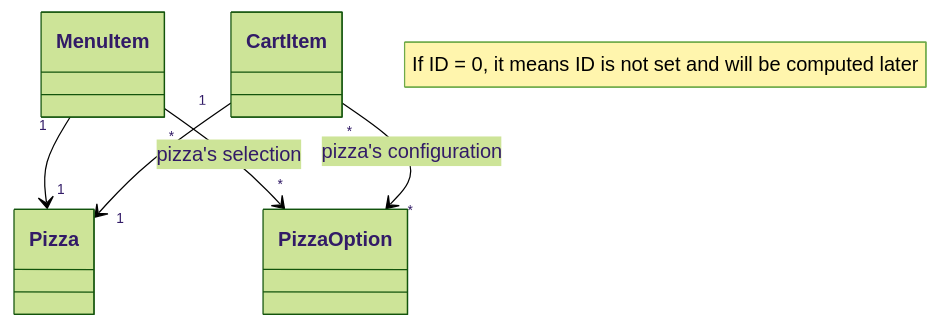
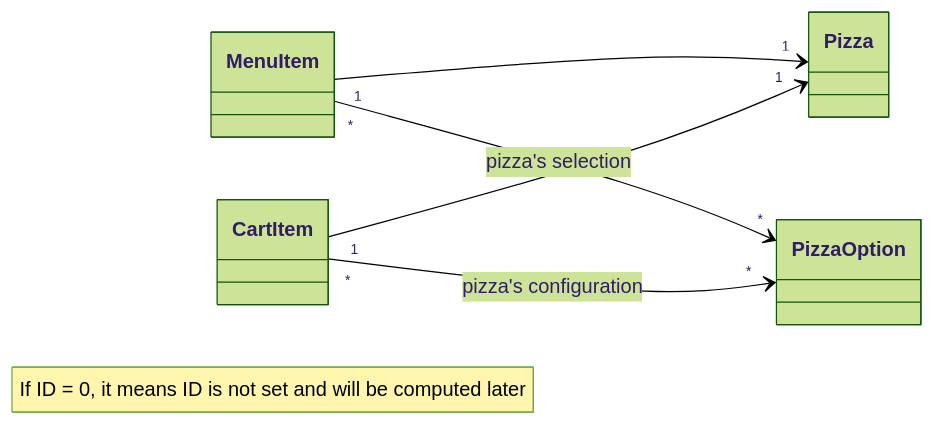
Before and after one commit to ekral/Utb.PizzaKiosk: the diagram in README.md, drawn with Mermaid (forest theme).

````diff
--- a/README.md
+++ b/README.md
@@ -162,13 +162,13 @@
 ```mermaid
  classDiagram
    note "If ID = 0, it means ID is not set and will be computed later"
-   %% direction LR
+   direction LR
    class PizzaOption
    class Pizza
    class MenuItem
    class CartItem
    MenuItem "1" --> "1"  Pizza
    MenuItem "*" --> "*"  PizzaOption : pizza's selection
    CartItem "1" --> "1"  Pizza
    CartItem "*" --> "*"  PizzaOption : pizza's configuration
 ```
````
